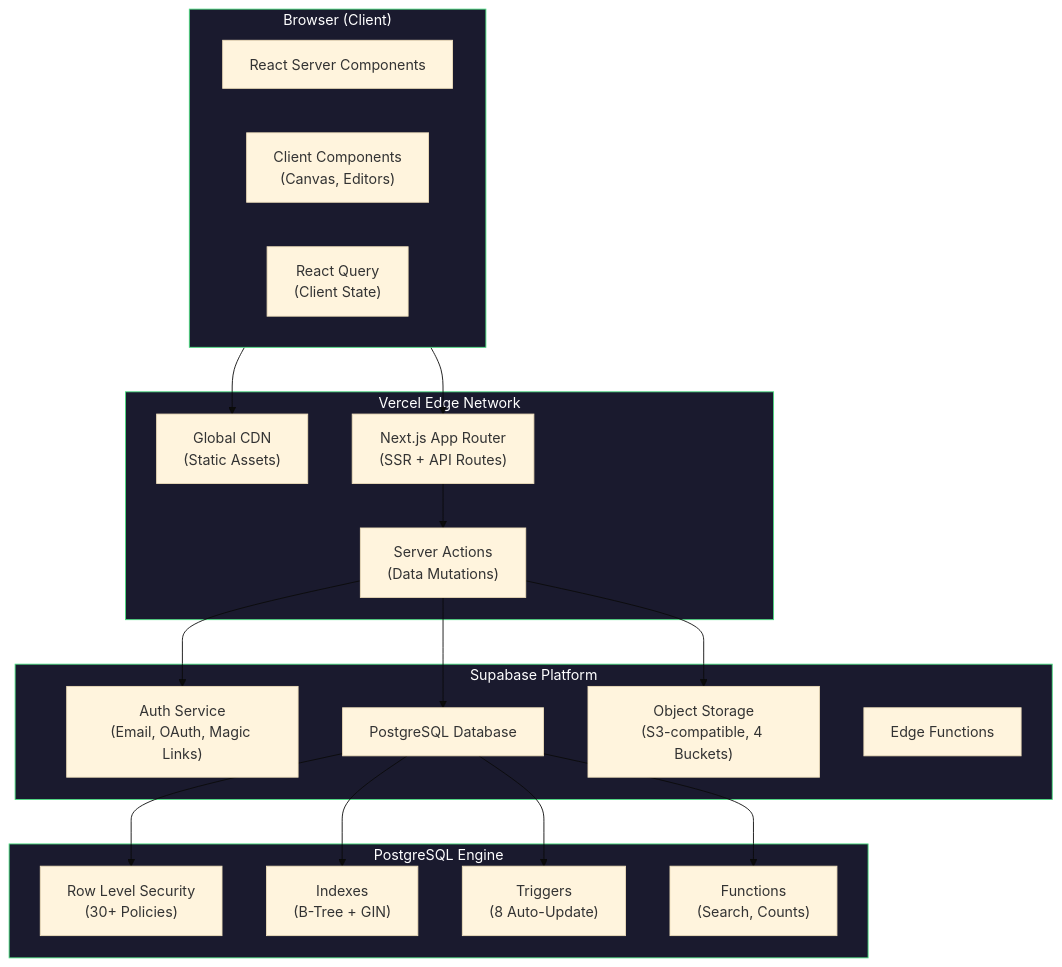
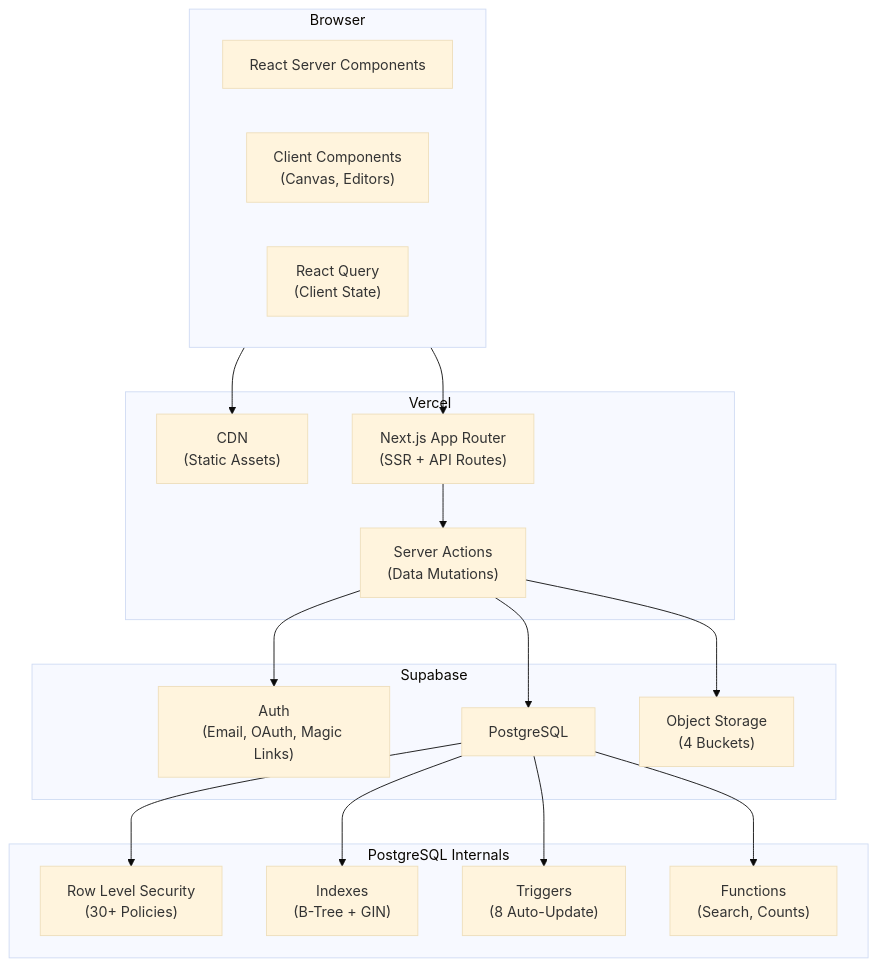
Before and after one commit to avig1229/trybe: the first of 3 diagrams in capstone_writeup.md, drawn with Mermaid (base theme). The commit also changed other lines of this file, not shown here.

````diff
--- a/capstone_writeup.md
+++ b/capstone_writeup.md
@@ -48,44 +38,38 @@
 ```mermaid
 graph TB
-    subgraph Client["Browser (Client)"]
+    subgraph Client["Browser"]
         RSC["React Server Components"]
         CC["Client Components<br/>(Canvas, Editors)"]
         RQ["React Query<br/>(Client State)"]
     end
 
-    subgraph Vercel["Vercel Edge Network"]
-        CDN["Global CDN<br/>(Static Assets)"]
+    subgraph Vercel["Vercel"]
+        CDN["CDN<br/>(Static Assets)"]
         NX["Next.js App Router<br/>(SSR + API Routes)"]
         SA["Server Actions<br/>(Data Mutations)"]
     end
 
-    subgraph Supabase["Supabase Platform"]
-        AUTH["Auth Service<br/>(Email, OAuth, Magic Links)"]
-        DB["PostgreSQL Database"]
-        STORE["Object Storage<br/>(S3-compatible, 4 Buckets)"]
-        EDGE["Edge Functions"]
+    subgraph Supabase["Supabase"]
+        AUTH["Auth<br/>(Email, OAuth, Magic Links)"]
+        DB["PostgreSQL"]
+        STORE["Object Storage<br/>(4 Buckets)"]
     end
 
-    subgraph Database["PostgreSQL Engine"]
+    subgraph Database["PostgreSQL Internals"]
         RLS["Row Level Security<br/>(30+ Policies)"]
         IDX["Indexes<br/>(B-Tree + GIN)"]
         TRG["Triggers<br/>(8 Auto-Update)"]
         FN["Functions<br/>(Search, Counts)"]
     end
 
     Client --> CDN
     Client --> NX
     NX --> SA
     SA --> AUTH
     SA --> DB
     SA --> STORE
     DB --> RLS
     DB --> IDX
     DB --> TRG
     DB --> FN
-
-    style Client fill:#1a1a2e,stroke:#4ade80,color:#fff
-    style Vercel fill:#1a1a2e,stroke:#4ade80,color:#fff
-    style Supabase fill:#1a1a2e,stroke:#4ade80,color:#fff
-    style Database fill:#1a1a2e,stroke:#4ade80,color:#fff
 ```
````
